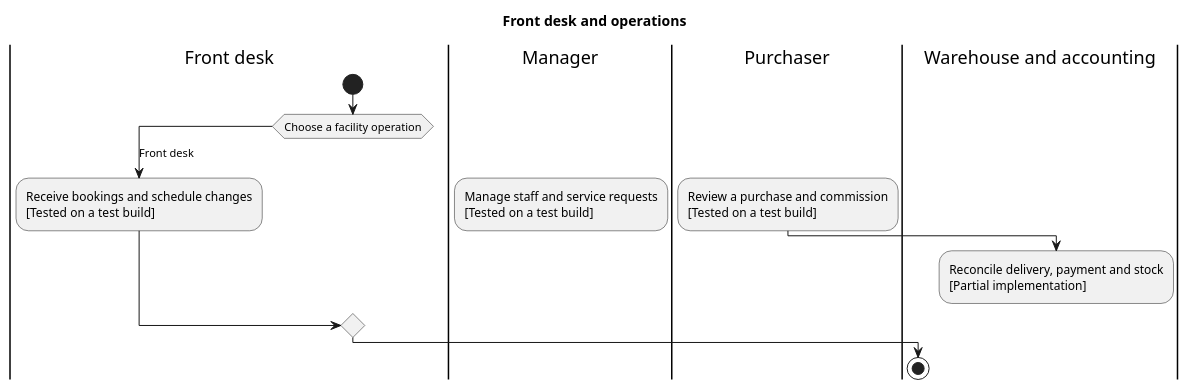
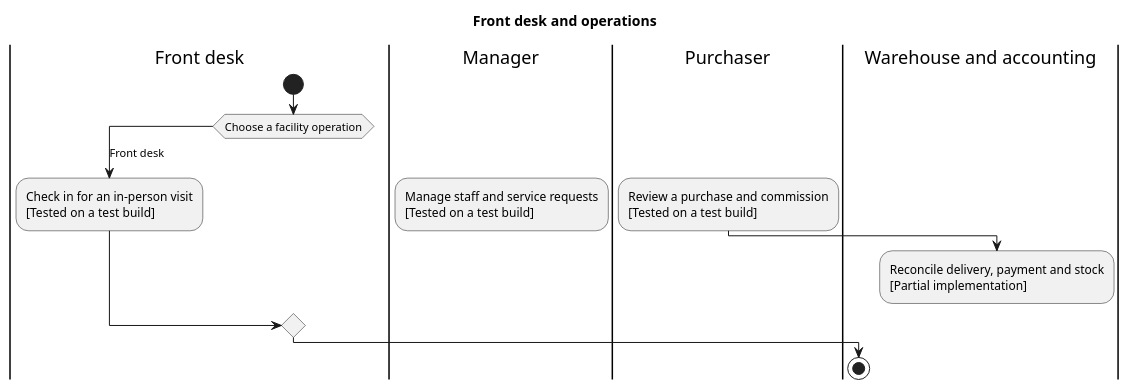
The eighth of 10 diagrams in medbook-full-en.puml (medbookdev/medbook-readiness), drawn with PlantUML before and after one commit. The commit also changed 11 other files, not shown here.

```diff
--- a/medbook-full-en.puml
+++ b/medbook-full-en.puml
@@ -149,20 +149,20 @@
 @startuml medbook-clinic
 skinparam shadowing false
 title Front desk and operations
 |Front desk|
 start
 switch (Choose a facility operation)
 case (Front desk)
 |Front desk|
-:Receive bookings and schedule changes\n[Tested on a test build];
+:Check in for an in-person visit\n[Tested on a test build];
 case (Staffing)
 |Manager|
 :Manage staff and service requests\n[Tested on a test build];
 case (Purchasing and finance)
 |Purchaser|
 :Review a purchase and commission\n[Tested on a test build];
 |Warehouse and accounting|
 :Reconcile delivery, payment and stock\n[Partial implementation];
 endswitch
 stop
 @enduml
```
